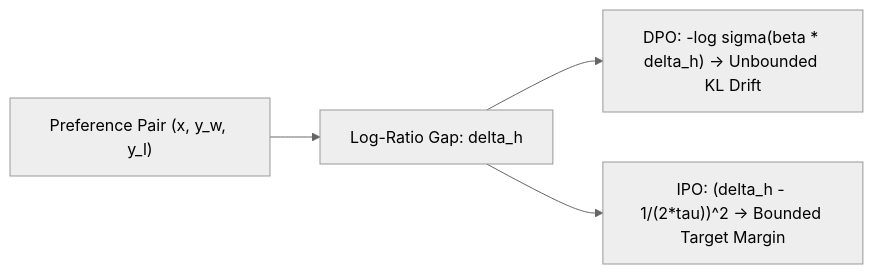
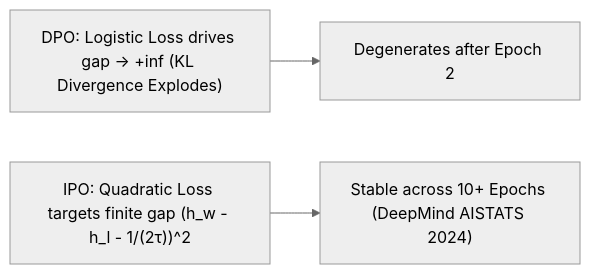
Before and after one commit to hammadshakeelai/prompt-engineering-mastery: the diagram in obsidian_vault/raw_research/snippets/ipo_identity_preference_optimization.md, drawn with Mermaid (neutral theme). The commit also changed other lines of this file and 1 other file, not shown here.

Commit message:
feat(landmark): Section 306 Identity Preference Optimization (IPO) & DPO Overfitting Mitigation + Master Index Rebuild

````diff
--- a/obsidian_vault/raw_research/snippets/ipo_identity_preference_optimization.md
+++ b/obsidian_vault/raw_research/snippets/ipo_identity_preference_optimization.md
@@ -8,6 +6,7 @@
 ```mermaid
 flowchart LR
-    Pairs["Preference Pair (x, y_w, y_l)"] --> Diff["Log-Ratio Gap: delta_h"]
-    Diff --> DPO["DPO: -log sigma(beta * delta_h) -> Unbounded KL Drift"]
-    Diff --> IPO["IPO: (delta_h - 1/(2*tau))^2 -> Bounded Target Margin"]
+    DPO["DPO: Logistic Loss drives gap -> +inf (KL Divergence Explodes)"]
+    IPO["IPO: Quadratic Loss targets finite gap (h_w - h_l - 1/(2τ))^2"]
+    DPO --> Overfit["Degenerates after Epoch 2"]
+    IPO --> Stable["Stable across 10+ Epochs (DeepMind AISTATS 2024)"]
 ```
````
